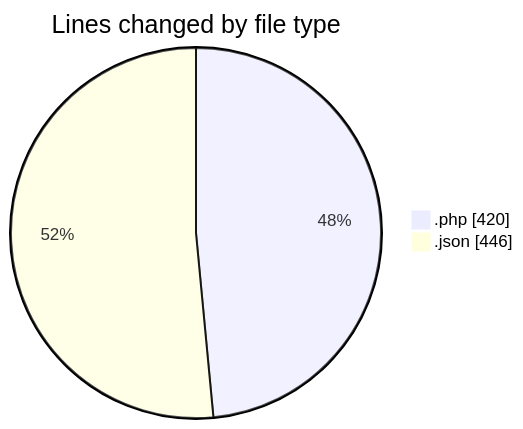
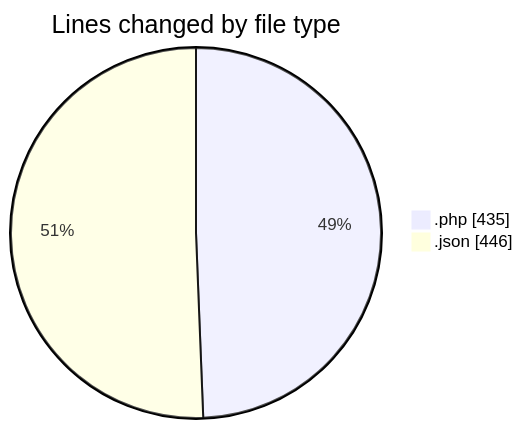
Before and after one commit to idhammustaqopulfikri/code-tracking: the first of 2 diagrams in 2025-03-27/autodidak/README.md, drawn with Mermaid. The commit also changed other lines of this file and 1 other file, not shown here.

````diff
--- a/2025-03-27/autodidak/README.md
+++ b/2025-03-27/autodidak/README.md
@@ -27,6 +27,6 @@
 ```mermaid
 pie showData
 title Lines changed by file type
-".php" : 420
+".php" : 435
 ".json" : 446
 ```
````
